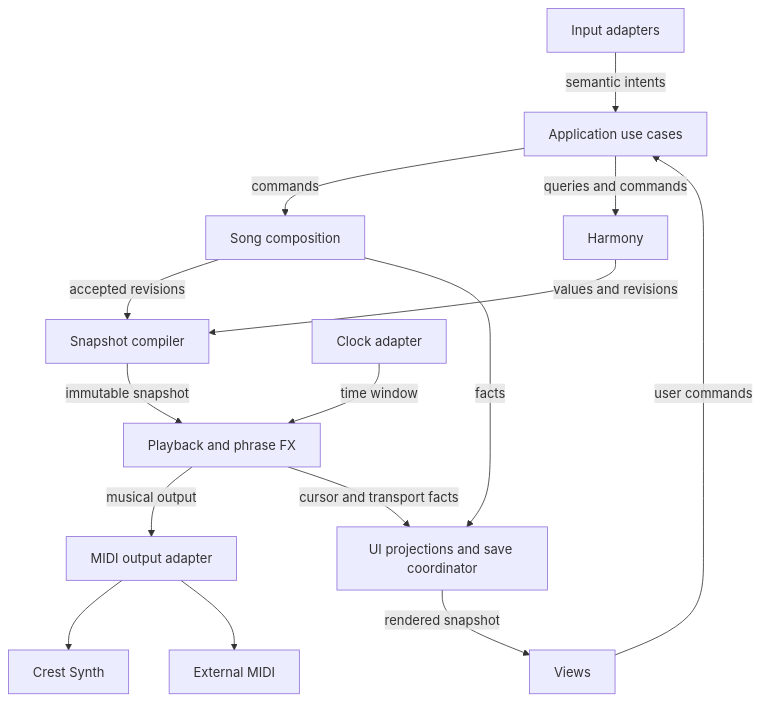
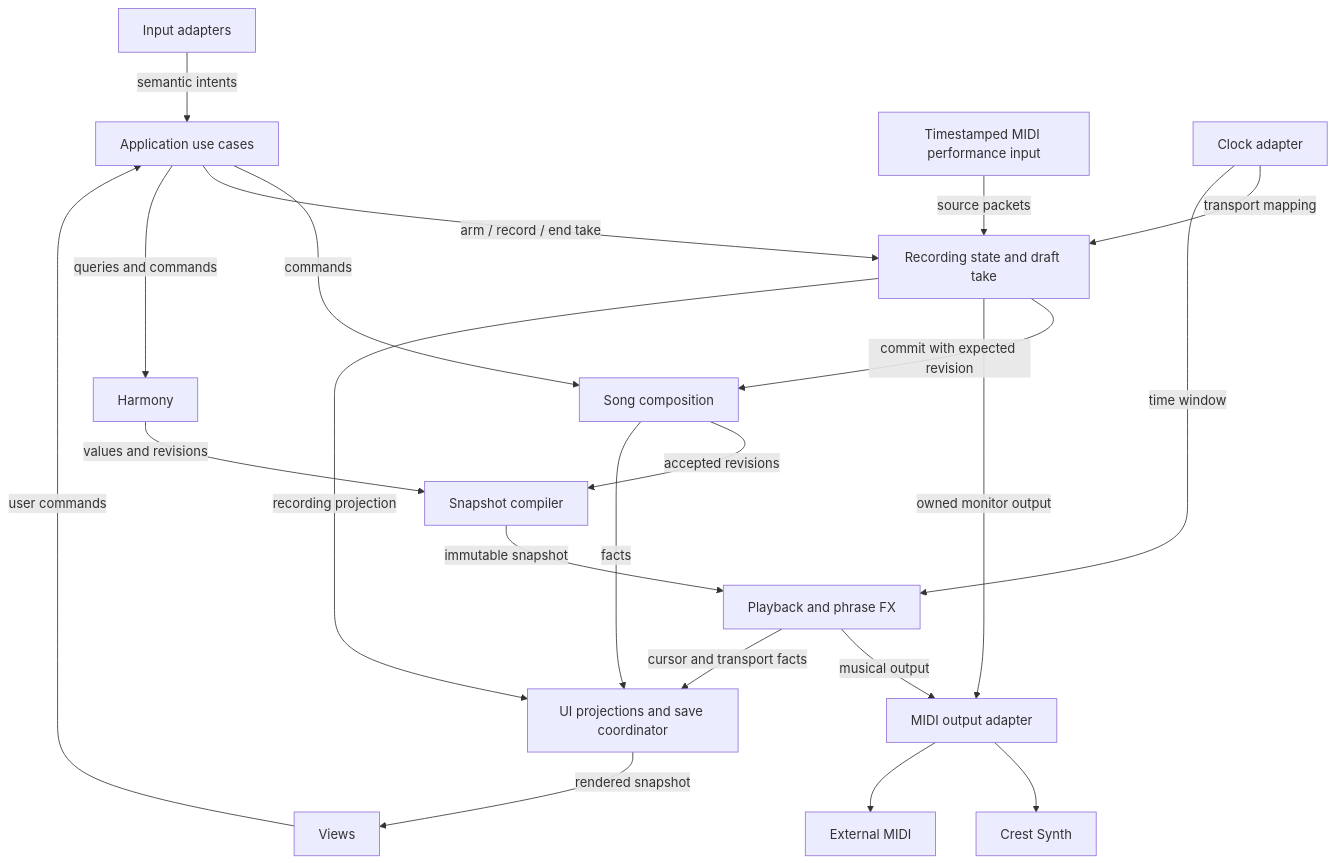
One commit to crestenstclair/crest-tracker changed the diagram in event-map.md. Above: the diagram before and after it, drawn with Mermaid. The commit also changed other lines of this file and 23 other files, not shown here.

````diff
--- a/event-map.md
+++ b/event-map.md
@@ -7,17 +7,23 @@
 ```mermaid
 flowchart TD
   Input[Input adapters] -->|semantic intents| App[Application use cases]
   App -->|commands| Composition[Song composition]
+  MidiIn[Timestamped MIDI performance input] -->|source packets| Capture[Recording state and draft take]
+  App -->|arm / record / end take| Capture
+  Clock -->|transport mapping| Capture
+  Capture -->|commit with expected revision| Composition
+  Capture -->|owned monitor output| Bridge
+  Capture -->|recording projection| Projection
   App -->|queries and commands| Harmony[Harmony]
   Composition -->|accepted revisions| Compile[Snapshot compiler]
   Harmony -->|values and revisions| Compile
   Compile -->|immutable snapshot| Playback[Playback and phrase FX]
   Clock[Clock adapter] -->|time window| Playback
   Playback -->|musical output| Bridge[MIDI output adapter]
   Bridge --> Synth[Crest Synth]
   Bridge --> External[External MIDI]
   Composition -->|facts| Projection[UI projections and save coordinator]
   Playback -->|cursor and transport facts| Projection
   Projection -->|rendered snapshot| View[Views]
   View -->|user commands| App
 ```
````
